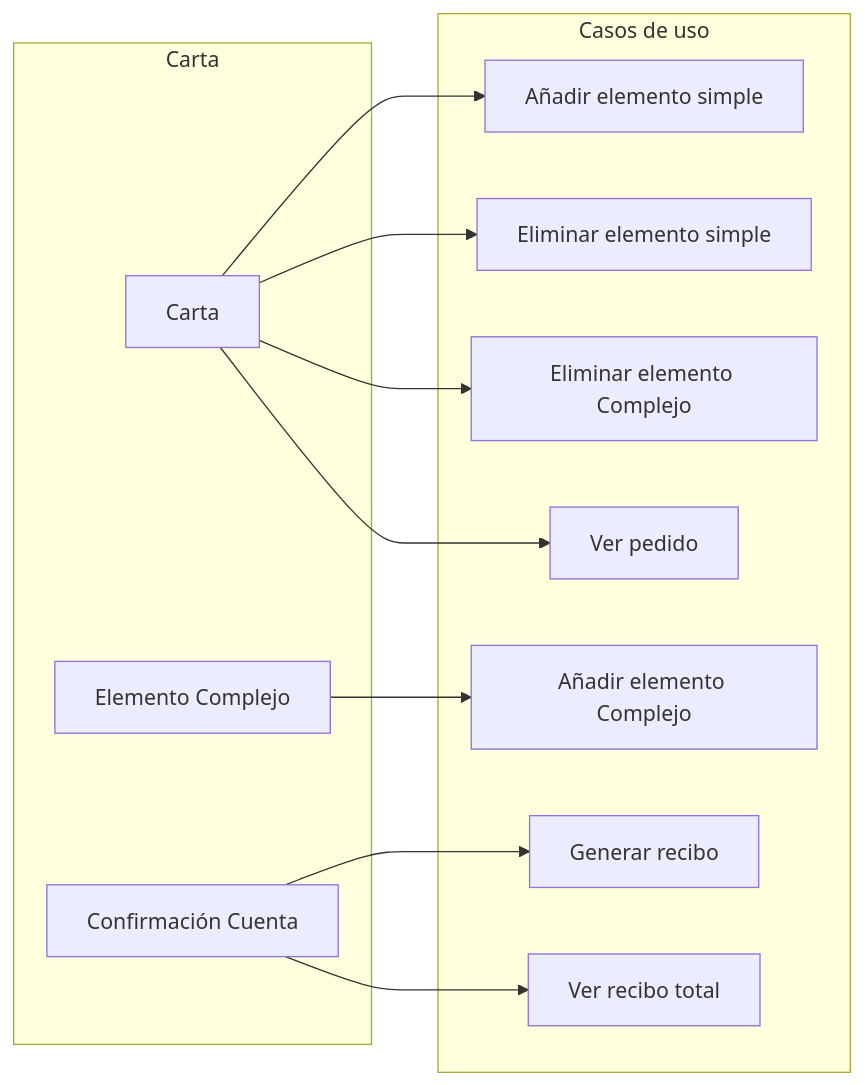
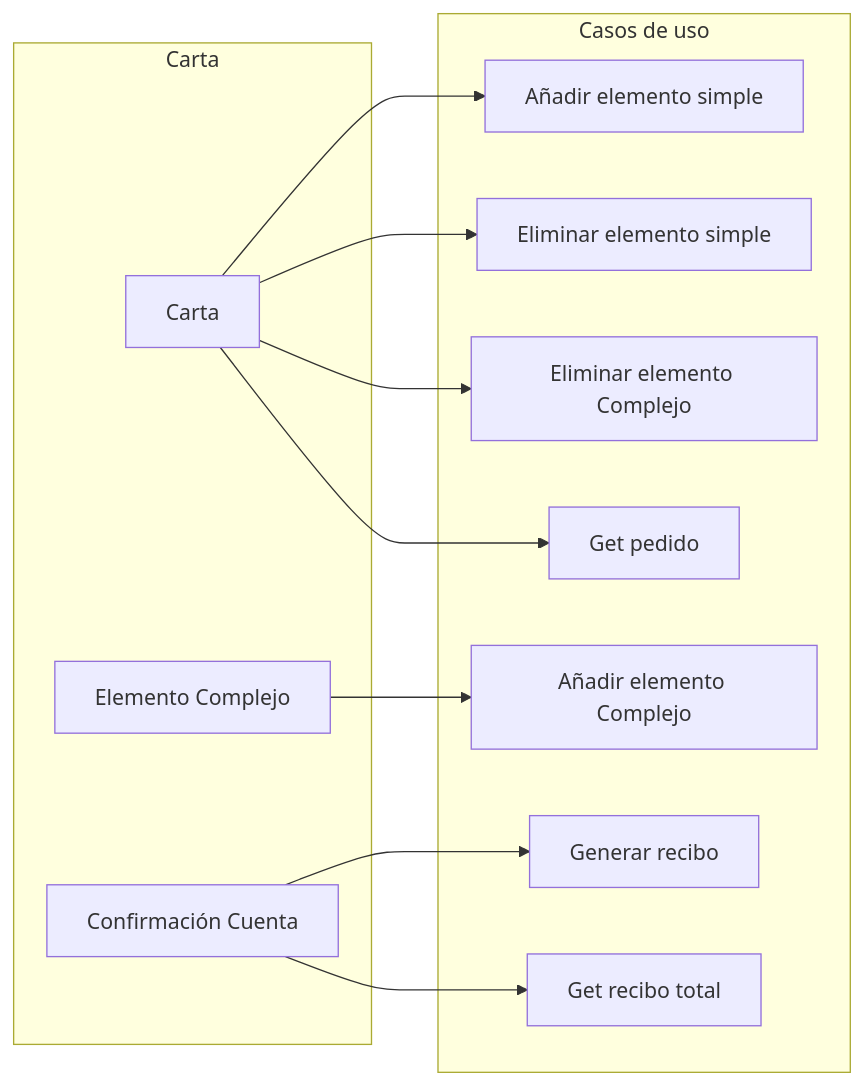
The seventh of 9 diagrams in documentacion/requisitos/diagramas_de_flujo.md (pabenito/QRest), drawn with Mermaid before and after one commit. The commit also changed other lines of this file, not shown here.

Commit message:
Diagramas de flujo: Casos de uso del backend & Sintaxis

````diff
--- a/documentacion/requisitos/diagramas_de_flujo.md
+++ b/documentacion/requisitos/diagramas_de_flujo.md
@@ -90,23 +116,23 @@
 ```mermaid
 flowchart LR
     subgraph g_carta[Carta]
         carta[Carta]
         elemento_complejo[Elemento Complejo]
         confirmacion_cuenta[Confirmación Cuenta]
     end
     subgraph casos_de_uso[Casos de uso]
         anadir_elemento_simple[Añadir elemento simple]
         eliminar_elemento_simple[Eliminar elemento simple]
         anadir_elemento_complejo[Añadir elemento Complejo]
         eliminar_elemento_complejo[Eliminar elemento Complejo]
-        ver_pedido[Ver pedido]
-        ver_recibo_total[Ver recibo total]
+        get_pedido[Get pedido]
+        get_recibo_total[Get recibo total]
         generar_recibo[Generar recibo]
     end
     carta --> anadir_elemento_simple
     carta --> eliminar_elemento_simple
     carta --> eliminar_elemento_complejo
     elemento_complejo --> anadir_elemento_complejo
-    carta --> ver_pedido
-    confirmacion_cuenta --> generar_recibo & ver_recibo_total
+    carta --> get_pedido
+    confirmacion_cuenta --> generar_recibo & get_recibo_total
 ```
````
